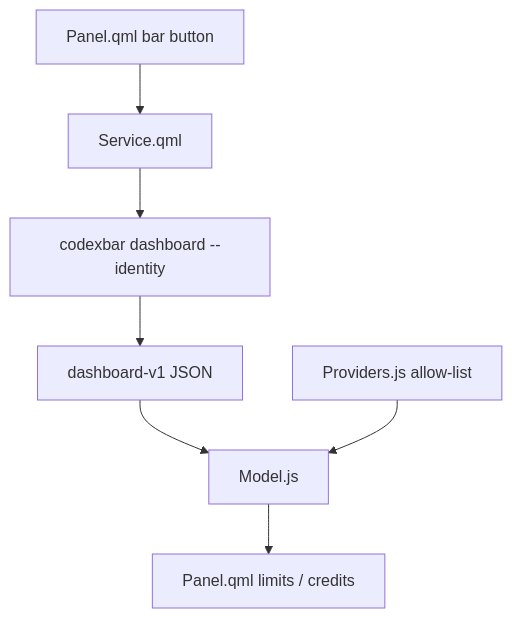
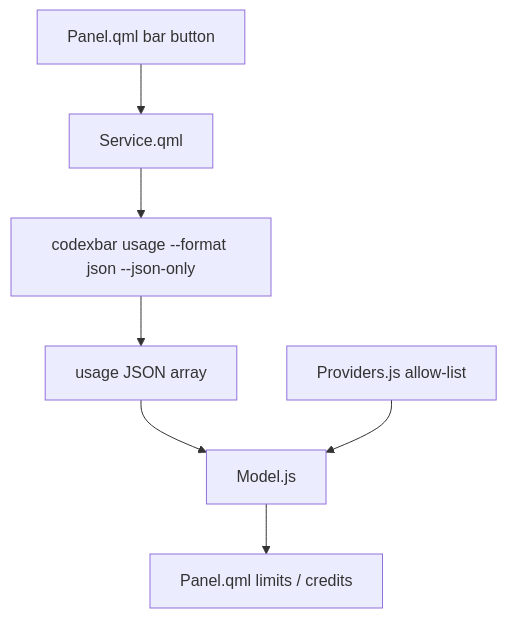
The diagram in AGENTS.md (shuuul/omarchy-token-monitor), drawn with Mermaid before and after one commit. The commit also changed other lines of this file and 6 other files, not shown here.

First line of the commit message:
fix: parse CodexBar usage JSON instead of crashing dashboard

````diff
--- a/AGENTS.md
+++ b/AGENTS.md
@@ -23,9 +23,9 @@
 ```mermaid
 flowchart TD
   Bar["Panel.qml bar button"] --> Service["Service.qml"]
-  Service --> CLI["codexbar dashboard --identity"]
-  CLI --> Snapshot["dashboard-v1 JSON"]
+  Service --> CLI["codexbar usage --format json --json-only"]
+  CLI --> Snapshot["usage JSON array"]
   Snapshot --> Model["Model.js"]
   Model --> Panel["Panel.qml limits / credits"]
   Providers["Providers.js allow-list"] --> Model
 ```
````
